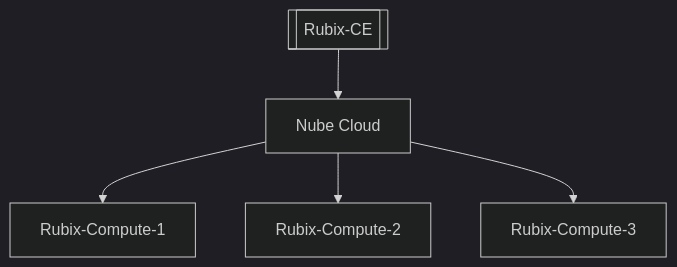
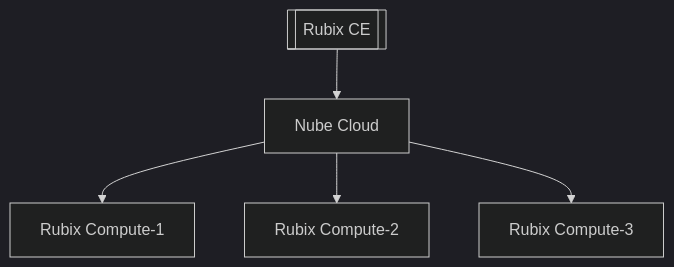
Before and after one commit to NubeIO/rubix-ce-docs: the second of 3 diagrams in docs/rubix-ce/setup/supervisor.md, drawn with Mermaid (dark theme). The commit also changed other lines of this file and 3 other files, not shown here.

````diff
--- a/docs/rubix-ce/setup/supervisor.md
+++ b/docs/rubix-ce/setup/supervisor.md
@@ -63,7 +63,7 @@
 ```mermaid
 flowchart TD
-    A[[Rubix-CE]] --> C[-]
-    C[Nube Cloud] --> D[Rubix-Compute-1]
-    C --> E[Rubix-Compute-2]
-    C --> F[Rubix-Compute-3]
+    A[[Rubix CE]] --> C[-]
+    C[Nube Cloud] --> D[Rubix Compute-1]
+    C --> E[Rubix Compute-2]
+    C --> F[Rubix Compute-3]
 ```
````
